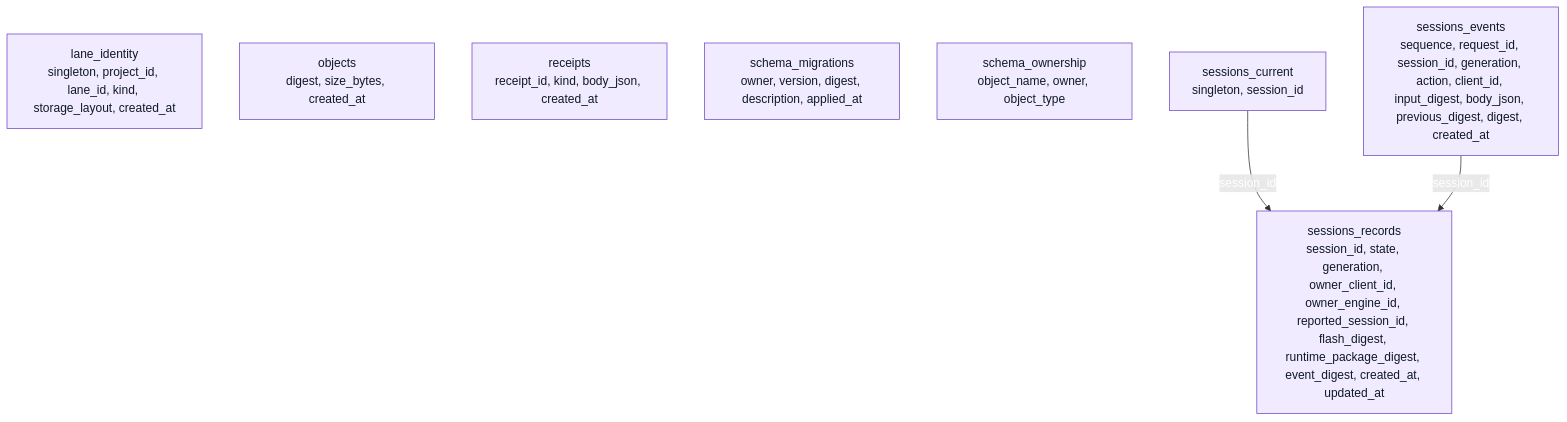
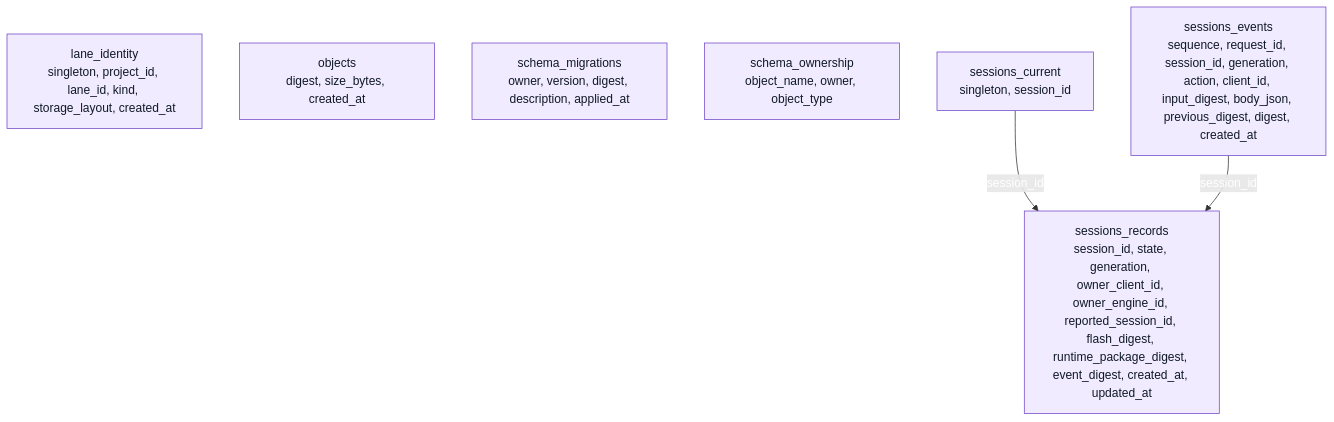
The diagram in plugins/evidence-lane-plugin/authorities/session_authority/session-authority.mmd (rathee000001/evidence_lane_plugin), drawn with Mermaid before and after one commit. The commit also changed 2126 other files, not shown here.

Commit message:
fix: complete v4.0.4 plugin architecture

```diff
--- a/plugins/evidence-lane-plugin/authorities/session_authority/session-authority.mmd
+++ b/plugins/evidence-lane-plugin/authorities/session_authority/session-authority.mmd
@@ -1,27 +1,26 @@
 flowchart TB
 %% EVIDENCE_LANE_GRAPH_ENGINE=LANGGRAPH_GRAPH_EXPORTER
 %% LANGGRAPH_VERSION=1.2.11
-%% LANGGRAPH_EXPORT_SHA256=B72693320CDBFDE0BE1318CC32767827C75C649B0FF53D70FFBBCF3FC42AE656
+%% LANGGRAPH_EXPORT_SHA256=96A790E389CCF8BB5522573CEECDFD90E38B6D44A0A92DAEC65EDAD73F932946
 %% EVIDENCE_LANE_LAYOUT=BALANCED_TWO_DIMENSIONAL_FANOUT_V1
 %% EVIDENCE_LANE_LAYOUT_CONSTRAINT_COUNT=0
   classDef root fill:#101828,stroke:#101828,color:#fff,stroke-width:2px;
   classDef source fill:#edf5ff,stroke:#125cdd,color:#101828;
   classDef semantic fill:#f0ebff,stroke:#7147c7,color:#101828;
   classDef retrieval fill:#eaf8f1,stroke:#24805c,color:#101828;
   classDef git fill:#fff7e7,stroke:#c88722,color:#101828;
   classDef lifecycle fill:#fff1f0,stroke:#ba4236,color:#101828;
   classDef output fill:#f7f9fc,stroke:#667085,color:#101828;
   classDef warn fill:#fff7e7,stroke:#c88722,color:#101828;
   classDef table fill:#f0ebff,stroke:#7147c7,color:#101828;
   classDef column fill:#f7f9fc,stroke:#667085,color:#101828;
   classDef default fill:#f7f9fc,stroke:#667085,color:#101828;
   t_lane_identity["lane_identity<br/>singleton, project_id, lane_id, kind, storage_layout, created_at"]:::table
   t_objects["objects<br/>digest, size_bytes, created_at"]:::table
-  t_receipts["receipts<br/>receipt_id, kind, body_json, created_at"]:::table
   t_schema_migrations["schema_migrations<br/>owner, version, digest, description, applied_at"]:::table
   t_schema_ownership["schema_ownership<br/>object_name, owner, object_type"]:::table
   t_sessions_current["sessions_current<br/>singleton, session_id"]:::table
   t_sessions_events["sessions_events<br/>sequence, request_id, session_id, generation, action, client_id, input_digest, body_json, previous_digest, digest, created_at"]:::table
   t_sessions_records["sessions_records<br/>session_id, state, generation, owner_client_id, owner_engine_id, reported_session_id, flash_digest, runtime_package_digest, event_digest, created_at, updated_at"]:::table
   t_sessions_current -->|"session_id"| t_sessions_records
   t_sessions_events -->|"session_id"| t_sessions_records
```
